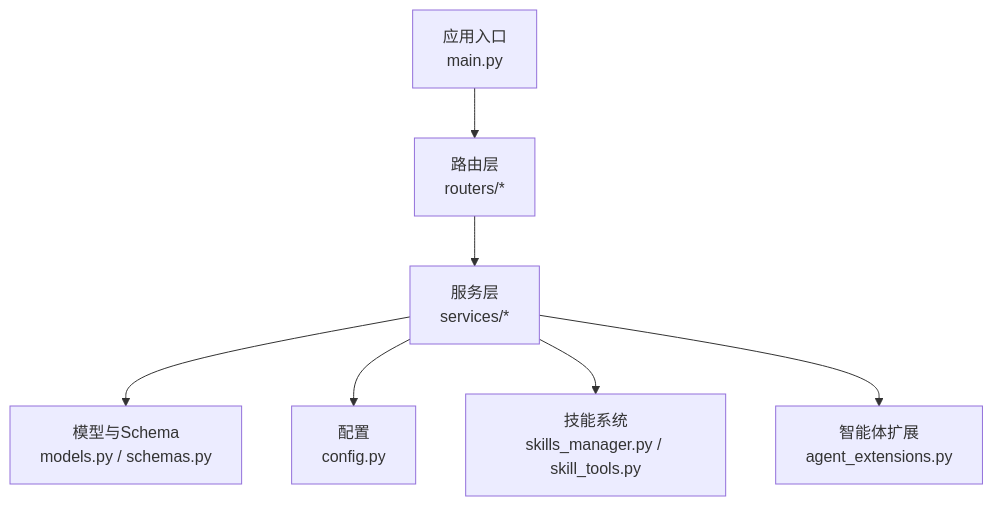
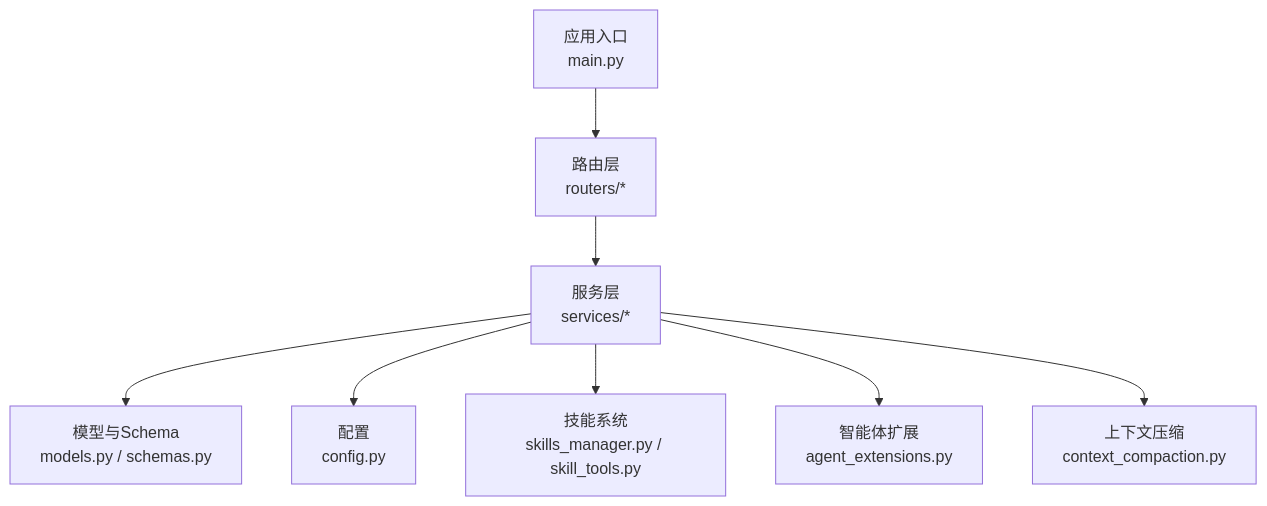
The first of 9 diagrams in .qoder/repowiki/zh/content/AI智能体系统/AI智能体系统.md (KunLabAI/KunFlix), drawn with Mermaid before and after one commit. The commit also changed other lines of this file and 14 other files, not shown here.

First line of the commit message:
feat(context_compaction): 新增智能上下文压缩功能

````diff
--- a/.qoder/repowiki/zh/content/AI智能体系统/AI智能体系统.md
+++ b/.qoder/repowiki/zh/content/AI智能体系统/AI智能体系统.md
@@ -44,9 +52,10 @@
 ```mermaid
 graph TB
 A["应用入口<br/>main.py"] --> B["路由层<br/>routers/*"]
 B --> C["服务层<br/>services/*"]
 C --> D["模型与Schema<br/>models.py / schemas.py"]
 C --> E["配置<br/>config.py"]
 C --> F["技能系统<br/>skills_manager.py / skill_tools.py"]
 C --> G["智能体扩展<br/>agent_extensions.py"]
+C --> H["上下文压缩<br/>context_compaction.py"]
 ```
````
